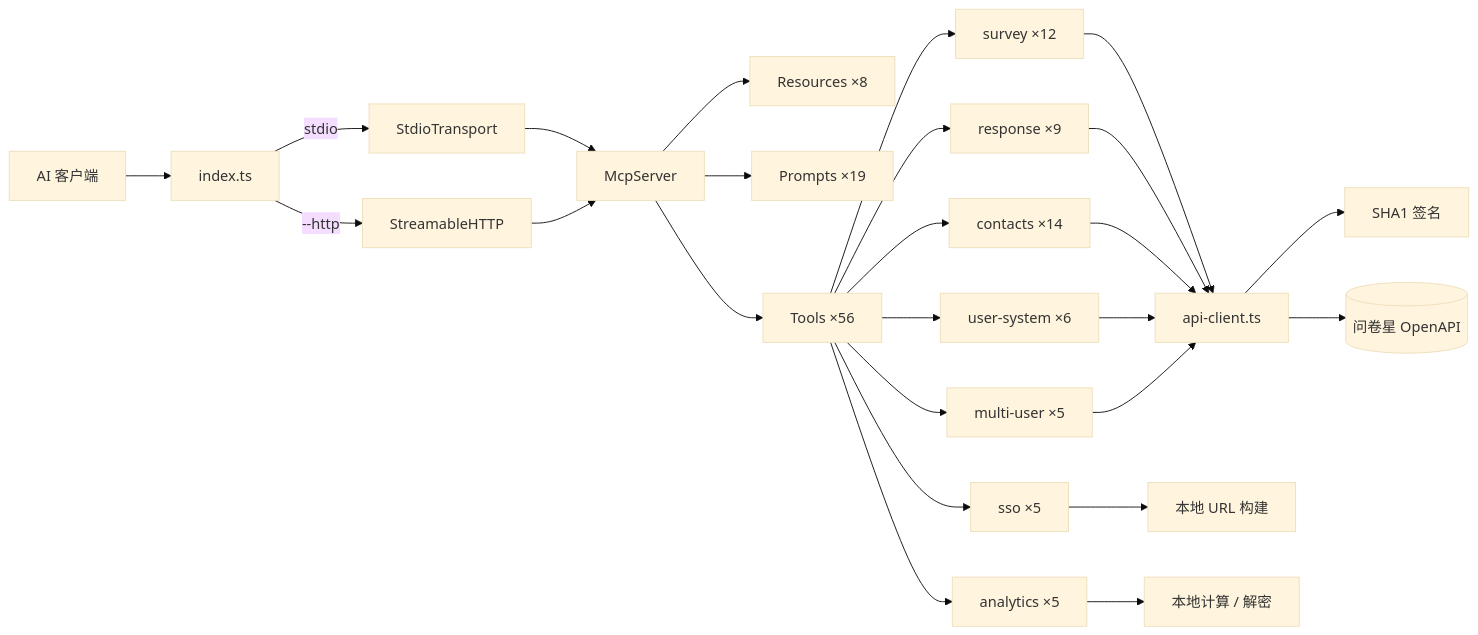
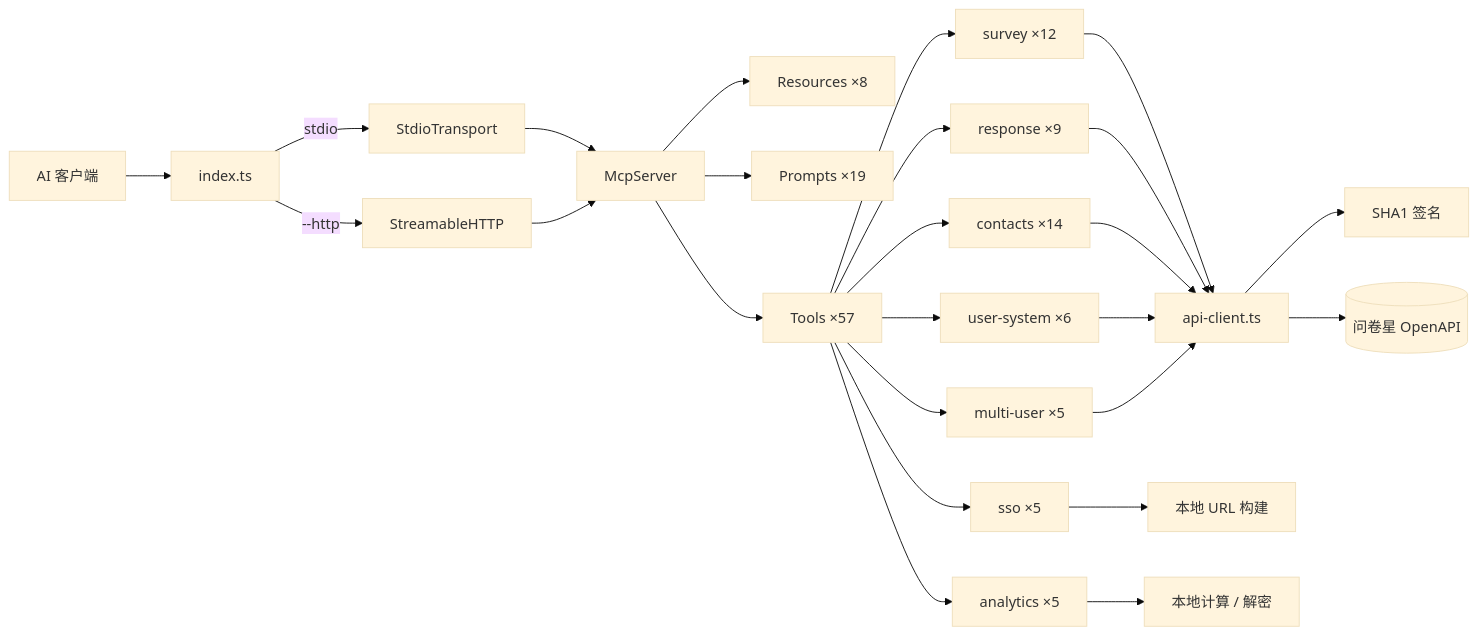
One commit to wjxcom/wjx-ai-kit changed the diagram in wjx-mcp-server/README.md. Above: the diagram before and after it, drawn with Mermaid (base theme). The commit also changed 36 other files, not shown here.

````diff
--- a/wjx-mcp-server/README.md
+++ b/wjx-mcp-server/README.md
@@ -52,28 +52,28 @@
 ```mermaid
 flowchart LR
     Client[AI 客户端] --> Entry[index.ts]
     Entry --> |stdio| STDIO[StdioTransport]
     Entry --> |--http| HTTP[StreamableHTTP]
 
     STDIO --> Server[McpServer]
     HTTP --> Server
 
     Server --> R[Resources ×8]
     Server --> P[Prompts ×19]
-    Server --> Tools[Tools ×56]
+    Server --> Tools[Tools ×57]
 
     Tools --> S1[survey ×12]
     Tools --> S2[response ×9]
     Tools --> S3[contacts ×14]
     Tools --> S4[sso ×5]
     Tools --> S5[user-system ×6]
     Tools --> S6[multi-user ×5]
     Tools --> S7[analytics ×5]
 
     S1 & S2 & S3 & S5 & S6 --> API[api-client.ts]
     API --> Sign[SHA1 签名]
     API --> WJX[(问卷星 OpenAPI)]
 
     S4 --> URL[本地 URL 构建]
     S7 --> Calc[本地计算 / 解密]
 ```
````
